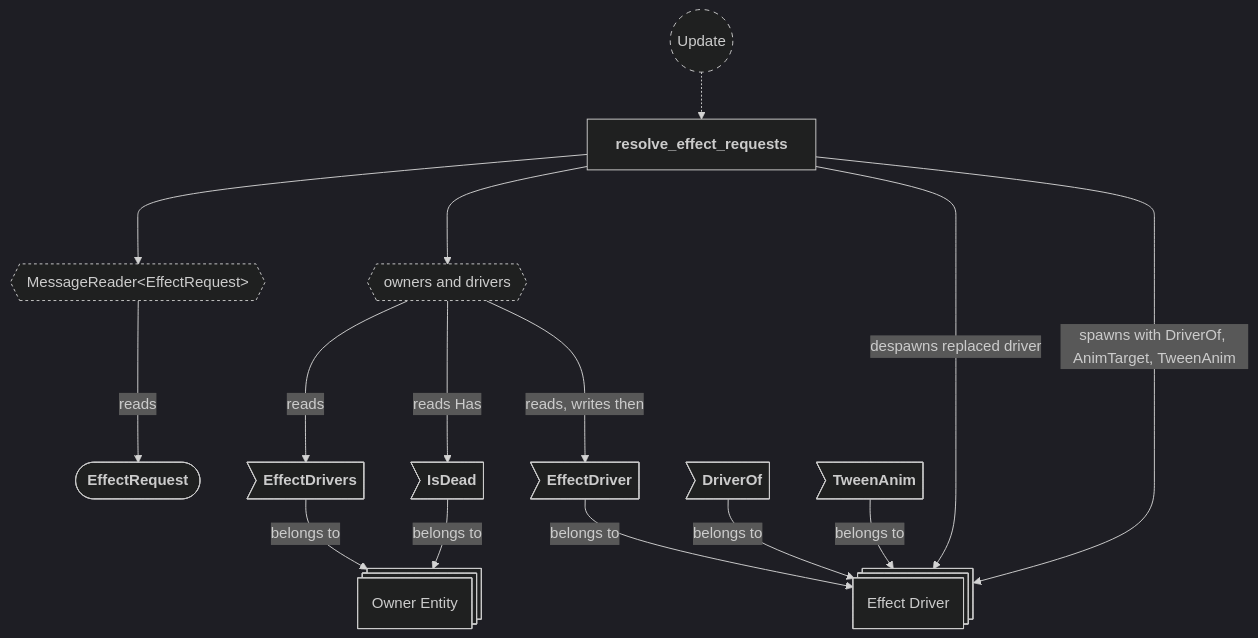
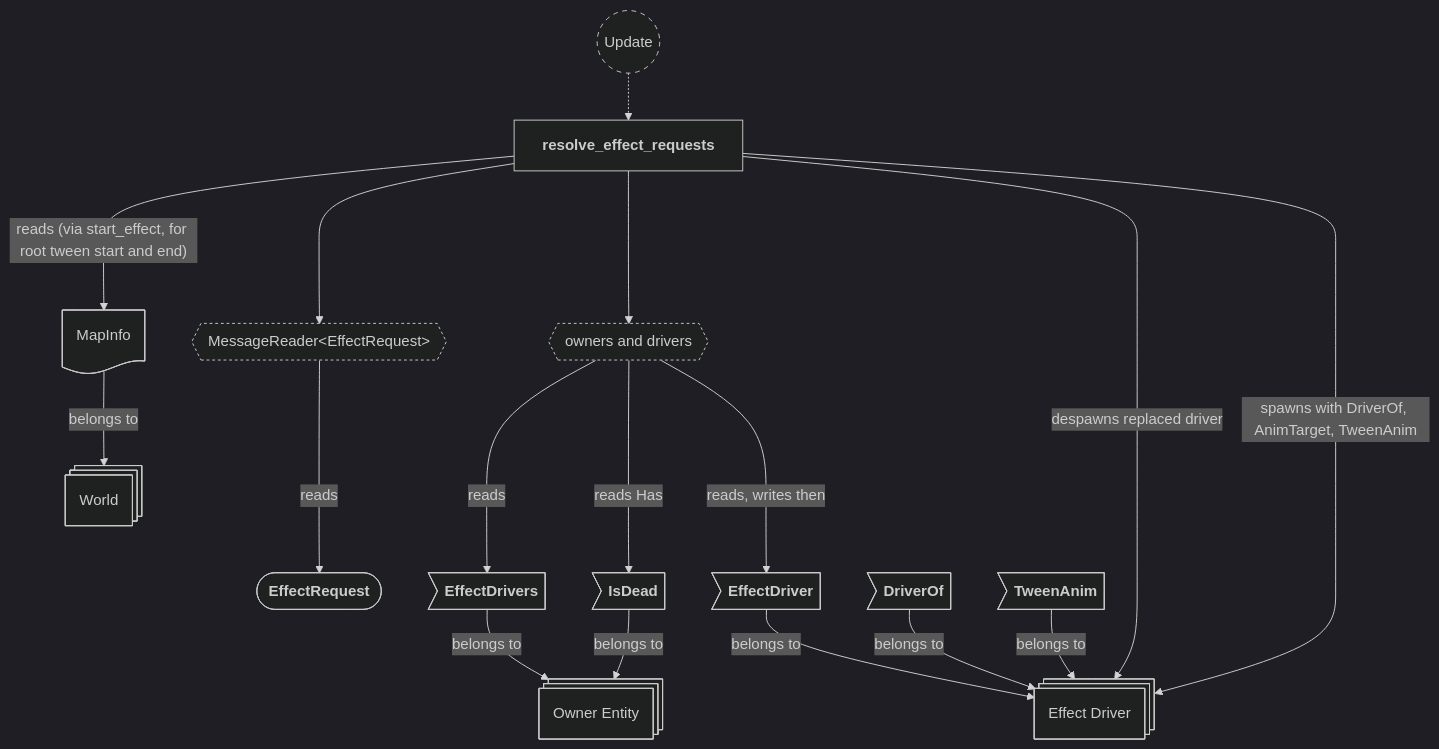
One commit to neurosoup/tyled changed diagram 21 of 25 in backlog/docs/doc-10 - 008-Effects-plugin.md. Above: the diagram before and after it, drawn with Mermaid. The commit also changed other lines of this file and 10 other files, not shown here.

````diff
--- a/backlog/docs/doc-10 - 008-Effects-plugin.md
+++ b/backlog/docs/doc-10 - 008-Effects-plugin.md
@@ -1172,40 +924,46 @@
 ```mermaid
 ---
 config:
   theme: dark
 ---
 
 flowchart TD
 classDef system-group stroke-dasharray: 5 5
 classDef reader stroke-dasharray: 3 3
 classDef query stroke-dasharray: 3 3
 
 update(("`Update`")):::system-group
 resolve_effect_requests["`**resolve_effect_requests**`"]
 
 update -.-> resolve_effect_requests
 
 request_reader{{"MessageReader#60;EffectRequest#62;"}}:::reader
 resolve_effect_requests ---> request_reader
 
 effect_request(["`**EffectRequest**`"])
 request_reader ---> |reads| effect_request
 
 owner_query{{"`owners and drivers`"}}:::query
 resolve_effect_requests ---> owner_query
 
 owner_entity@{ shape: st-rect, label: "Owner Entity" }
 oe_drivers>"`**EffectDrivers**`"] --> |belongs to| owner_entity
 oe_dead>"`**IsDead**`"] --> |belongs to| owner_entity
 owner_query ---> |reads| oe_drivers
 owner_query ---> |reads Has| oe_dead
 
 driver_entity@{ shape: st-rect, label: "Effect Driver" }
 de_driver>"`**EffectDriver**`"] --> |belongs to| driver_entity
 de_link>"`**DriverOf**`"] --> |belongs to| driver_entity
 de_tween>"`**TweenAnim**`"] --> |belongs to| driver_entity
 
 owner_query ---> |reads, writes then| de_driver
+
+world@{ shape: st-rect, label: "World" }
+map_info_res@{ shape: doc, label: "MapInfo" }
+map_info_res --> |belongs to| world
+resolve_effect_requests ---> |"reads (via start_effect, for root tween start and end)"| map_info_res
+
 resolve_effect_requests ---> |despawns replaced driver| driver_entity
 resolve_effect_requests ---> |spawns with DriverOf, AnimTarget, TweenAnim| driver_entity
 ```
````
